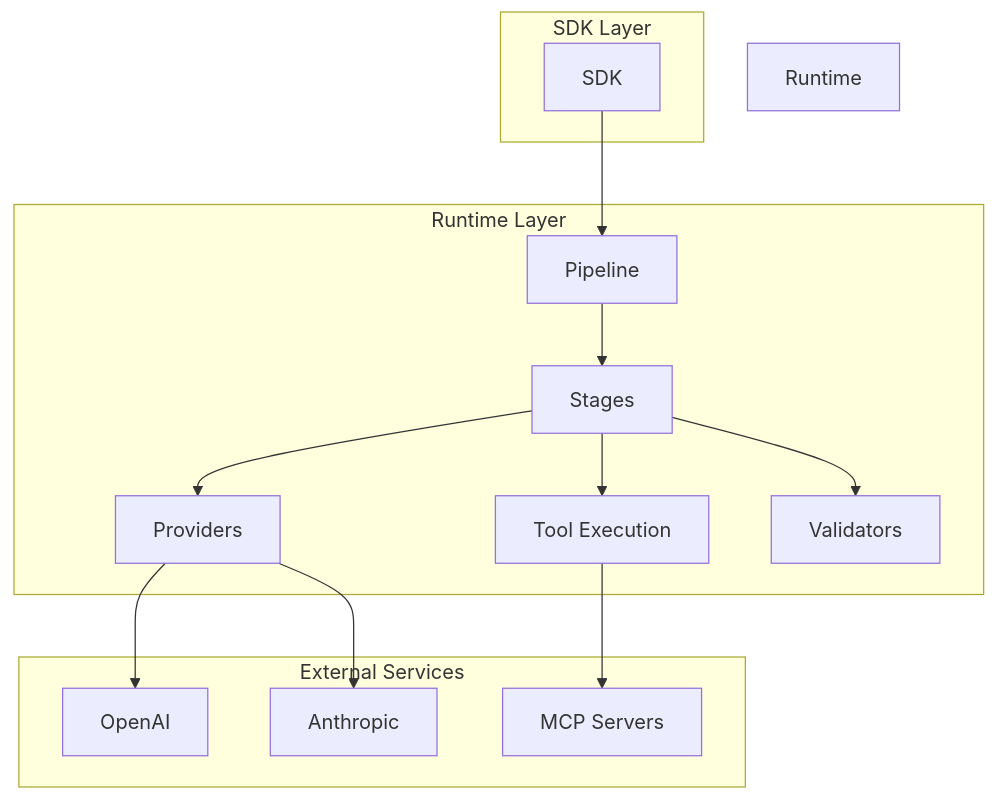
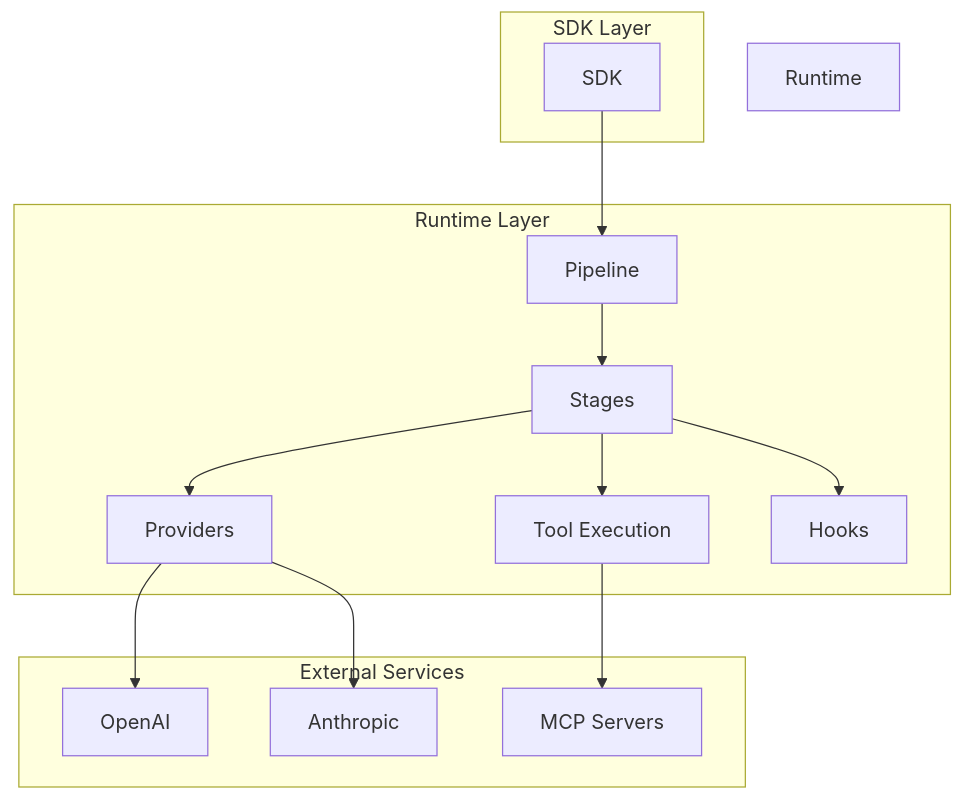
The diagram in docs/src/content/docs/runtime/index.md (AltairaLabs/PromptKit), drawn with Mermaid before and after one commit. The commit also changed other lines of this file and 11 other files, not shown here.

````diff
--- a/docs/src/content/docs/runtime/index.md
+++ b/docs/src/content/docs/runtime/index.md
@@ -192,32 +192,32 @@
 ```mermaid
 graph TB
     subgraph "SDK Layer"
         SDK[SDK]
     end
 
     subgraph "Runtime Layer"
         Pipeline[Pipeline]
         Stages[Stages]
         Providers[Providers]
         Tools[Tool Execution]
-        Validators[Validators]
+        Hooks[Hooks]
     end
 
     subgraph "External Services"
         OpenAI[OpenAI]
         Anthropic[Anthropic]
         MCP[MCP Servers]
     end
 
     SDK --> Pipeline
     Pipeline --> Stages
     Stages --> Providers
     Stages --> Tools
-    Stages --> Validators
+    Stages --> Hooks
 
     Providers --> OpenAI
     Providers --> Anthropic
     Tools --> MCP
 
     style Runtime Layer fill:#f3e5f5
 ```
````
